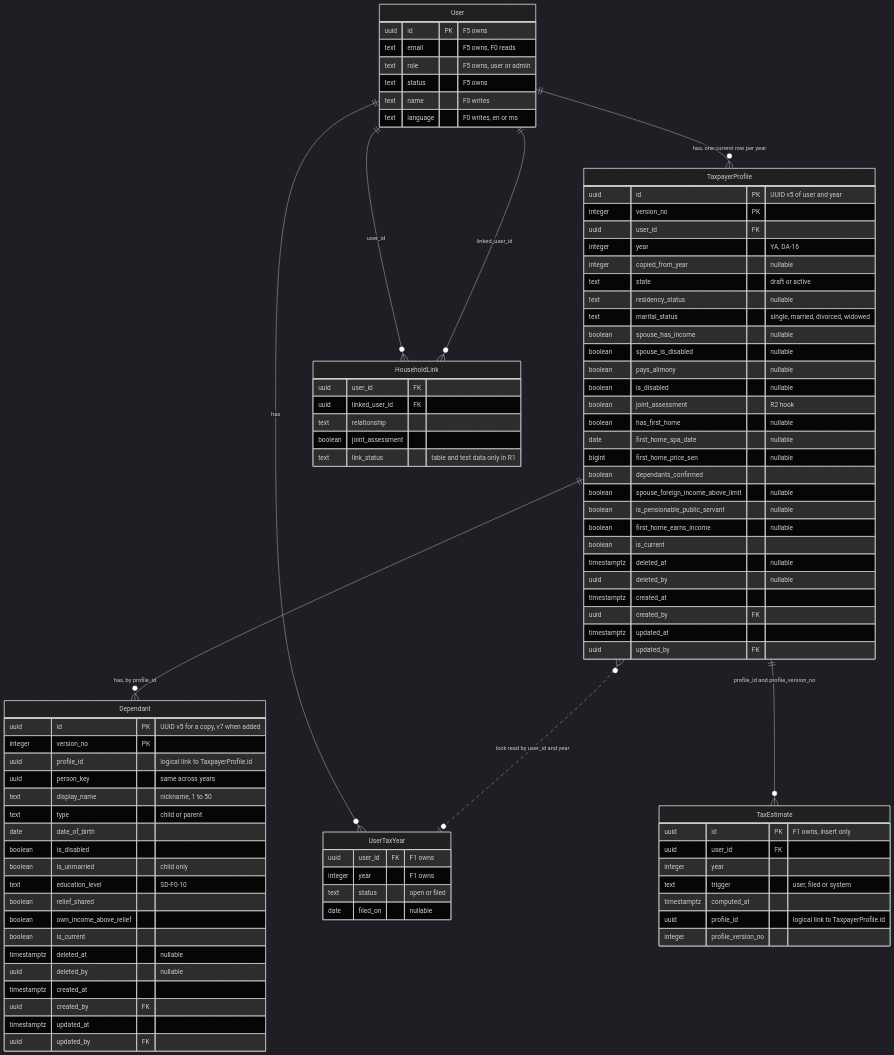
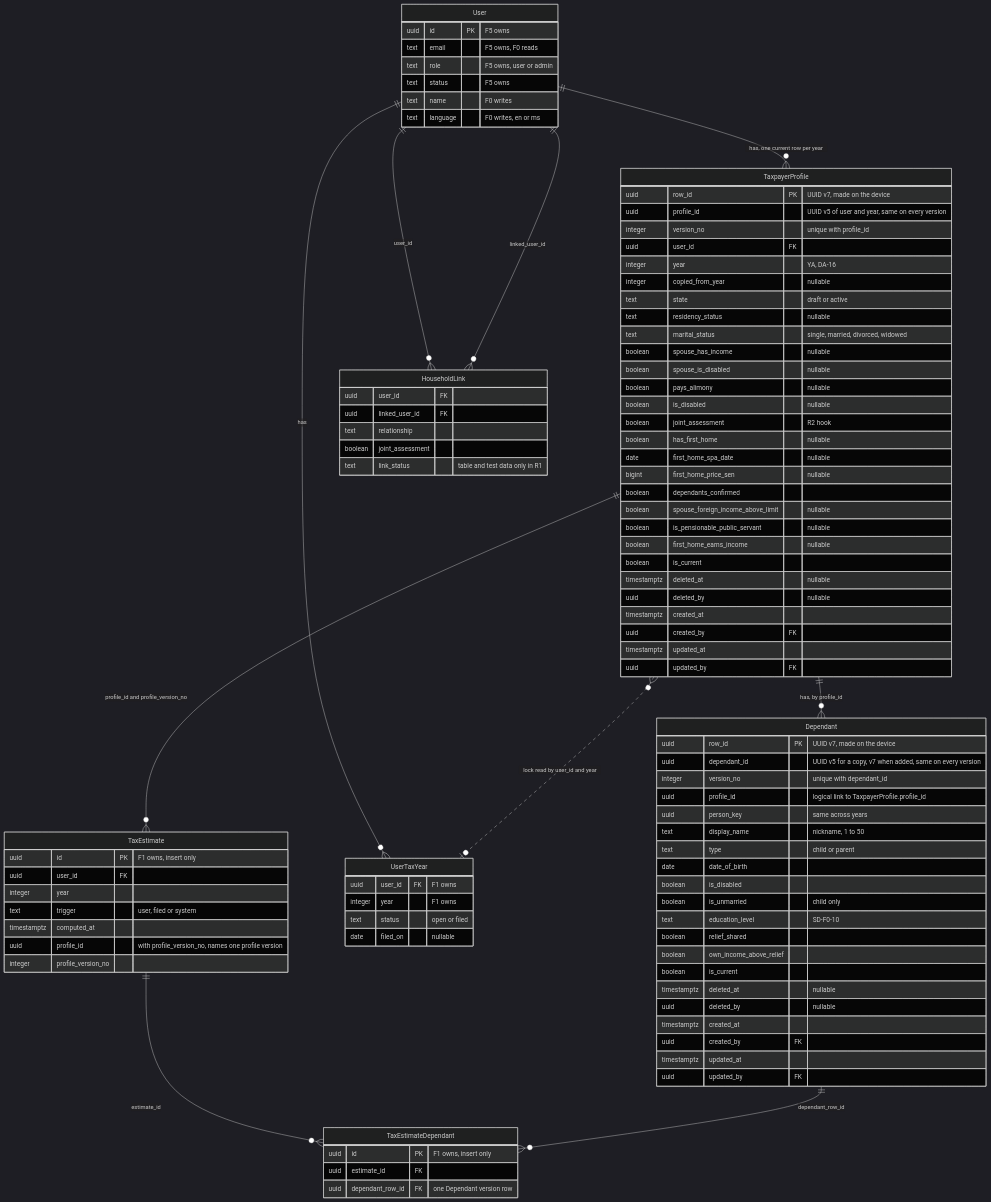
The diagram in docs/data/phase-1_R1/F0_User_Profile/erd_f0.mmd (Juthyra/Tax-Relief-Manager-TRM-), drawn with Mermaid (dark theme) before and after one commit. The commit also changed 18 other files, not shown here.

Commit message:
docs(CHG-068): row_id as the primary key of profile and dependant rows, dependant rows kept on each saved calculation, ERD-F0 0.2 (F-087, F-088, P-107)

```diff
--- a/docs/data/phase-1_R1/F0_User_Profile/erd_f0.mmd
+++ b/docs/data/phase-1_R1/F0_User_Profile/erd_f0.mmd
@@ -1,94 +1,104 @@
 erDiagram
     User ||--o{ TaxpayerProfile : "has, one current row per year"
     TaxpayerProfile ||--o{ Dependant : "has, by profile_id"
     User ||--o{ HouseholdLink : "user_id"
     User ||--o{ HouseholdLink : "linked_user_id"
     User ||--o{ UserTaxYear : "has"
     TaxpayerProfile }o..o| UserTaxYear : "lock read by user_id and year"
     TaxpayerProfile ||--o{ TaxEstimate : "profile_id and profile_version_no"
+    TaxEstimate ||--o{ TaxEstimateDependant : "estimate_id"
+    Dependant ||--o{ TaxEstimateDependant : "dependant_row_id"
 
     User {
         uuid id PK "F5 owns"
         text email "F5 owns, F0 reads"
         text role "F5 owns, user or admin"
         text status "F5 owns"
         text name "F0 writes"
         text language "F0 writes, en or ms"
     }
 
     TaxpayerProfile {
-        uuid id PK "UUID v5 of user and year"
-        integer version_no PK
+        uuid row_id PK "UUID v7, made on the device"
+        uuid profile_id "UUID v5 of user and year, same on every version"
+        integer version_no "unique with profile_id"
         uuid user_id FK
         integer year "YA, DA-16"
         integer copied_from_year "nullable"
         text state "draft or active"
         text residency_status "nullable"
         text marital_status "single, married, divorced, widowed"
         boolean spouse_has_income "nullable"
         boolean spouse_is_disabled "nullable"
         boolean pays_alimony "nullable"
         boolean is_disabled "nullable"
         boolean joint_assessment "R2 hook"
         boolean has_first_home "nullable"
         date first_home_spa_date "nullable"
         bigint first_home_price_sen "nullable"
         boolean dependants_confirmed
         boolean spouse_foreign_income_above_limit "nullable"
         boolean is_pensionable_public_servant "nullable"
         boolean first_home_earns_income "nullable"
         boolean is_current
         timestamptz deleted_at "nullable"
         uuid deleted_by "nullable"
         timestamptz created_at
         uuid created_by FK
         timestamptz updated_at
         uuid updated_by FK
     }
 
     Dependant {
-        uuid id PK "UUID v5 for a copy, v7 when added"
-        integer version_no PK
-        uuid profile_id "logical link to TaxpayerProfile.id"
+        uuid row_id PK "UUID v7, made on the device"
+        uuid dependant_id "UUID v5 for a copy, v7 when added, same on every version"
+        integer version_no "unique with dependant_id"
+        uuid profile_id "logical link to TaxpayerProfile.profile_id"
         uuid person_key "same across years"
         text display_name "nickname, 1 to 50"
         text type "child or parent"
         date date_of_birth
         boolean is_disabled
         boolean is_unmarried "child only"
         text education_level "SD-F0-10"
         boolean relief_shared
         boolean own_income_above_relief
         boolean is_current
         timestamptz deleted_at "nullable"
         uuid deleted_by "nullable"
         timestamptz created_at
         uuid created_by FK
         timestamptz updated_at
         uuid updated_by FK
     }
 
     HouseholdLink {
         uuid user_id FK
         uuid linked_user_id FK
         text relationship
         boolean joint_assessment
         text link_status "table and test data only in R1"
     }
 
     UserTaxYear {
         uuid user_id FK "F1 owns"
         integer year "F1 owns"
         text status "open or filed"
         date filed_on "nullable"
     }
 
     TaxEstimate {
         uuid id PK "F1 owns, insert only"
         uuid user_id FK
         integer year
         text trigger "user, filed or system"
         timestamptz computed_at
-        uuid profile_id "logical link to TaxpayerProfile.id"
+        uuid profile_id "with profile_version_no, names one profile version"
         integer profile_version_no
     }
+
+    TaxEstimateDependant {
+        uuid id PK "F1 owns, insert only"
+        uuid estimate_id FK
+        uuid dependant_row_id FK "one Dependant version row"
+    }
```
